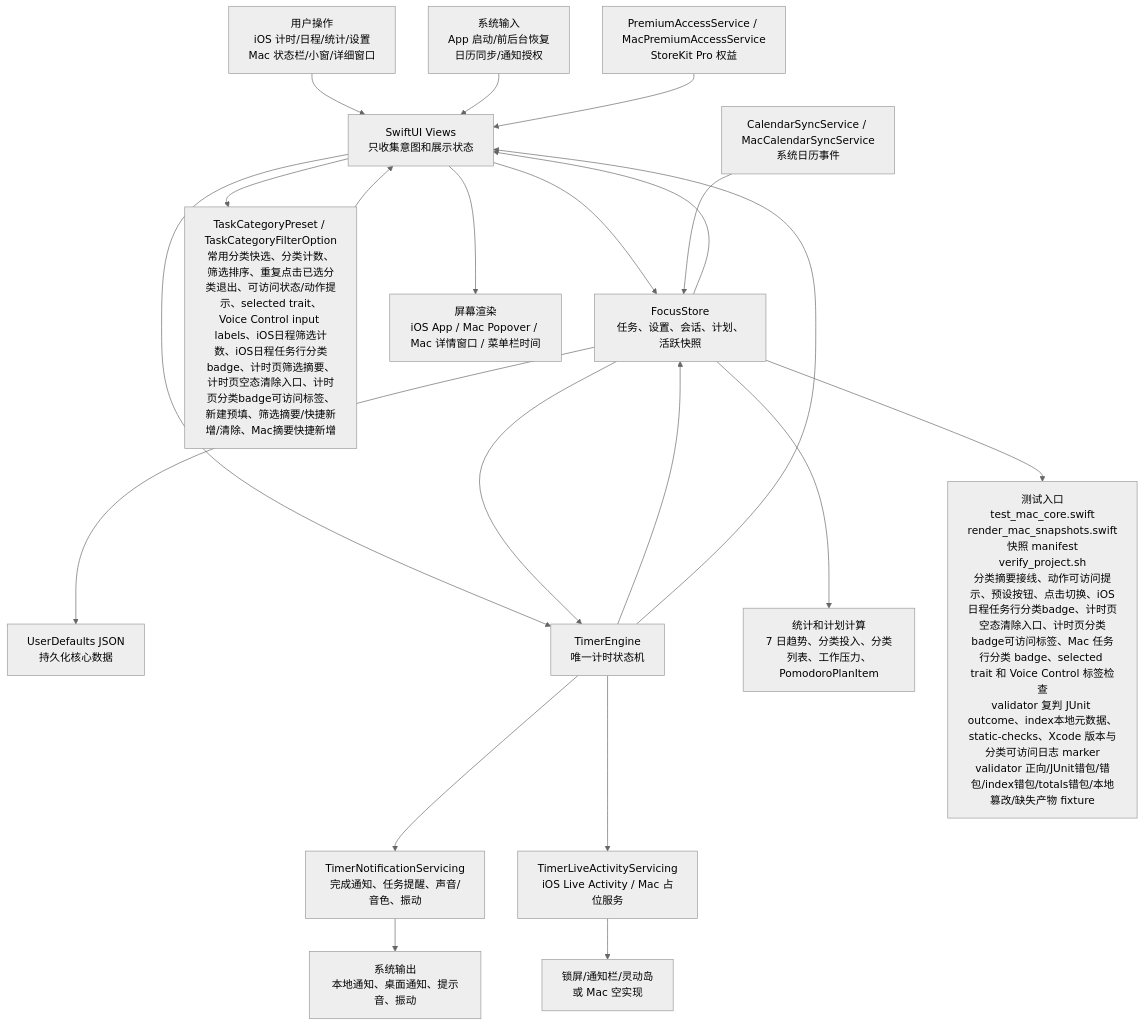
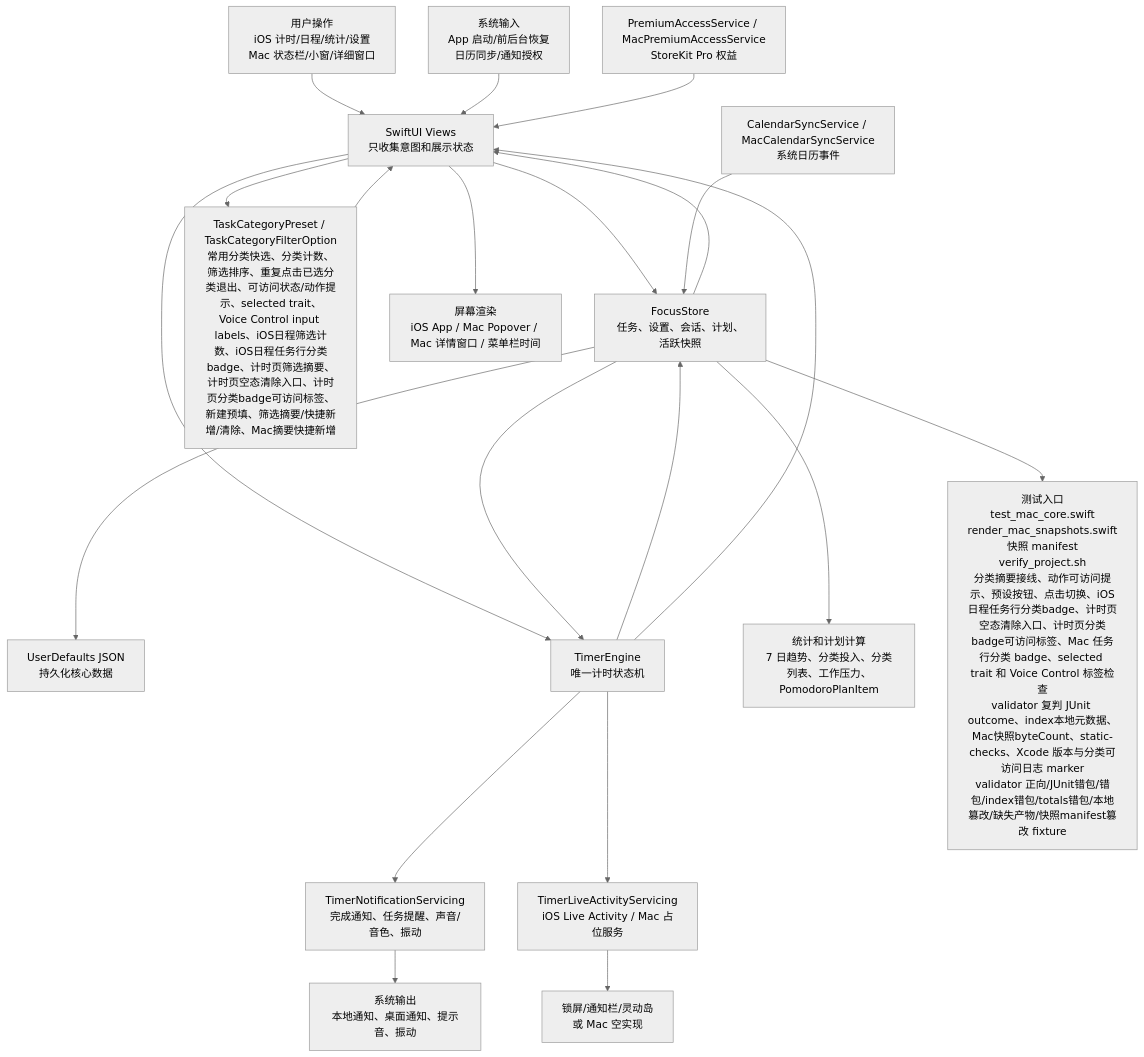
Before and after one commit to Altman-sam114/114: the first of 6 diagrams in md/flow/flowchart.md, drawn with Mermaid (neutral theme). The commit also changed 7 other files, not shown here.

````diff
--- a/md/flow/flowchart.md
+++ b/md/flow/flowchart.md
@@ -9,23 +9,23 @@
 ```mermaid
 flowchart TD
   U["用户操作<br/>iOS 计时/日程/统计/设置<br/>Mac 状态栏/小窗/详细窗口"] --> V["SwiftUI Views<br/>只收集意图和展示状态"]
   SYS["系统输入<br/>App 启动/前后台恢复<br/>日历同步/通知授权"] --> V
   V --> S["FocusStore<br/>任务、设置、会话、计划、活跃快照"]
   V --> CAT["TaskCategoryPreset / TaskCategoryFilterOption<br/>常用分类快选、分类计数、筛选排序、重复点击已选分类退出、可访问状态/动作提示、selected trait、Voice Control input labels、iOS日程筛选计数、iOS日程任务行分类badge、计时页筛选摘要、计时页空态清除入口、计时页分类badge可访问标签、新建预填、筛选摘要/快捷新增/清除、Mac摘要快捷新增"]
   CAT --> V
   S --> P["UserDefaults JSON<br/>持久化核心数据"]
   V --> E["TimerEngine<br/>唯一计时状态机"]
   S --> E
   E --> S
   E --> N["TimerNotificationServicing<br/>完成通知、任务提醒、声音/音色、振动"]
   E --> L["TimerLiveActivityServicing<br/>iOS Live Activity / Mac 占位服务"]
   S --> C["统计和计划计算<br/>7 日趋势、分类投入、分类列表、工作压力、PomodoroPlanItem"]
   CAL["CalendarSyncService / MacCalendarSyncService<br/>系统日历事件"] --> S
   PRO["PremiumAccessService / MacPremiumAccessService<br/>StoreKit Pro 权益"] --> V
   S --> V
   E --> V
   V --> OUT["屏幕渲染<br/>iOS App / Mac Popover / Mac 详情窗口 / 菜单栏时间"]
   N --> OUT2["系统输出<br/>本地通知、桌面通知、提示音、振动"]
   L --> OUT3["锁屏/通知栏/灵动岛<br/>或 Mac 空实现"]
-  S --> T["测试入口<br/>test_mac_core.swift<br/>render_mac_snapshots.swift<br/>快照 manifest<br/>verify_project.sh<br/>分类摘要接线、动作可访问提示、预设按钮、点击切换、iOS日程任务行分类badge、计时页空态清除入口、计时页分类badge可访问标签、Mac 任务行分类 badge、selected trait 和 Voice Control 标签检查<br/>validator 复判 JUnit outcome、index本地元数据、static-checks、Xcode 版本与分类可访问日志 marker<br/>validator 正向/JUnit错包/错包/index错包/totals错包/本地篡改/缺失产物 fixture"]
+  S --> T["测试入口<br/>test_mac_core.swift<br/>render_mac_snapshots.swift<br/>快照 manifest<br/>verify_project.sh<br/>分类摘要接线、动作可访问提示、预设按钮、点击切换、iOS日程任务行分类badge、计时页空态清除入口、计时页分类badge可访问标签、Mac 任务行分类 badge、selected trait 和 Voice Control 标签检查<br/>validator 复判 JUnit outcome、index本地元数据、Mac快照byteCount、static-checks、Xcode 版本与分类可访问日志 marker<br/>validator 正向/JUnit错包/错包/index错包/totals错包/本地篡改/缺失产物/快照manifest篡改 fixture"]
 ```
````
